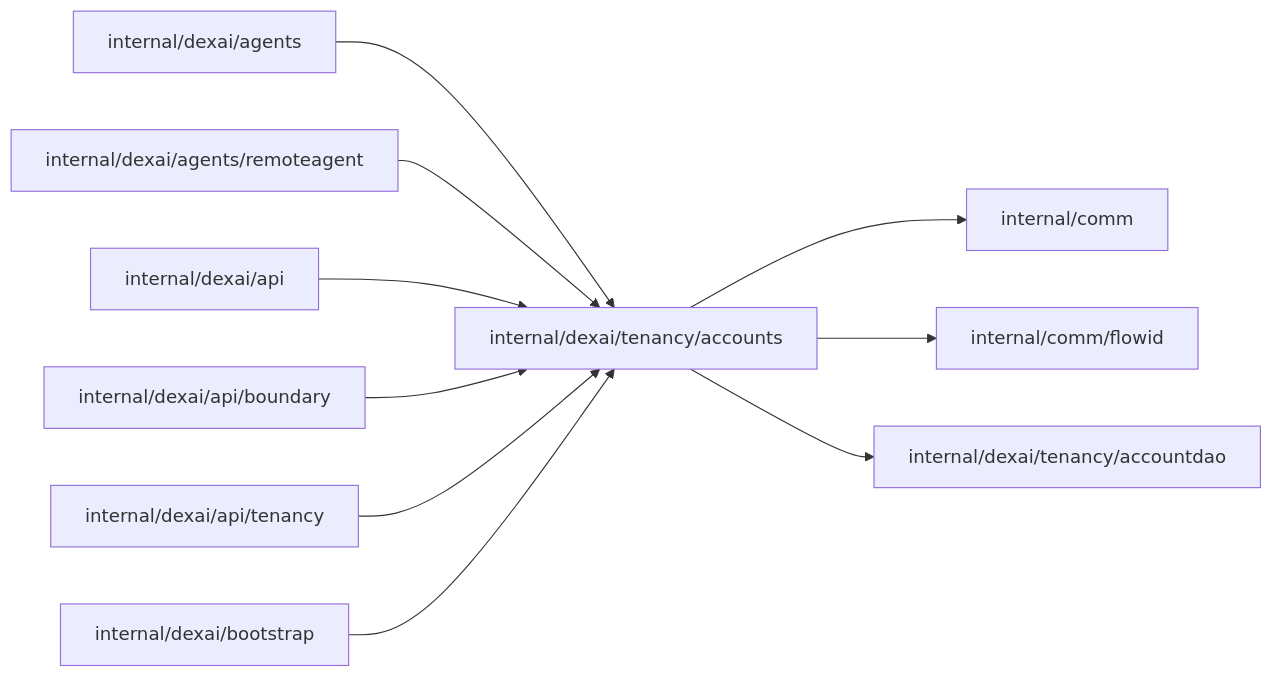
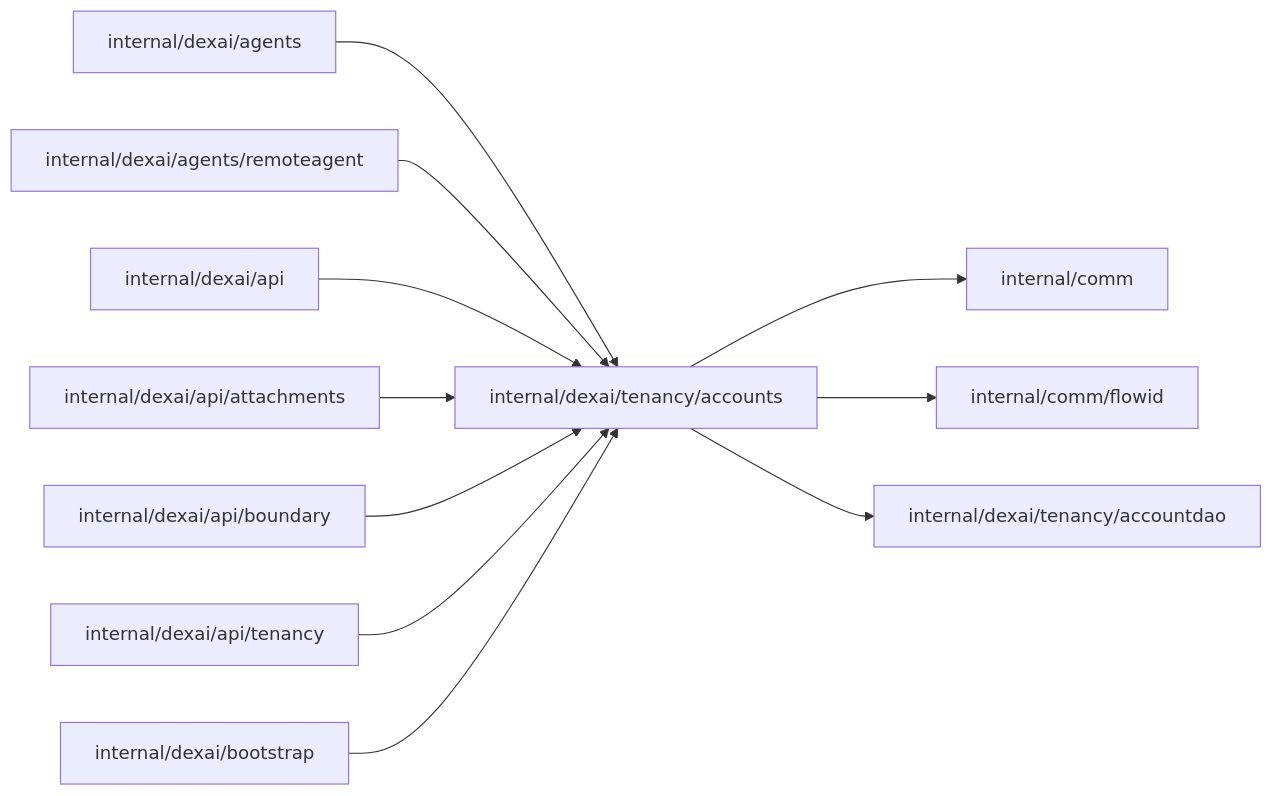
One commit to superdurable/superverse changed the diagram in internal/dexai/tenancy/accounts/README.md. Above: the diagram before and after it, drawn with Mermaid. The commit also changed other lines of this file and 259 other files, not shown here.

````diff
--- a/internal/dexai/tenancy/accounts/README.md
+++ b/internal/dexai/tenancy/accounts/README.md
@@ -10,13 +10,14 @@
 ```mermaid
 flowchart LR
   self["internal/dexai/tenancy/accounts"]
   c0["internal/dexai/agents"] --> self
   c1["internal/dexai/agents/remoteagent"] --> self
   c2["internal/dexai/api"] --> self
-  c3["internal/dexai/api/boundary"] --> self
-  c4["internal/dexai/api/tenancy"] --> self
-  c5["internal/dexai/bootstrap"] --> self
+  c3["internal/dexai/api/attachments"] --> self
+  c4["internal/dexai/api/boundary"] --> self
+  c5["internal/dexai/api/tenancy"] --> self
+  c6["internal/dexai/bootstrap"] --> self
   self --> d0["internal/comm"]
   self --> d1["internal/comm/flowid"]
   self --> d2["internal/dexai/tenancy/accountdao"]
 ```
````
